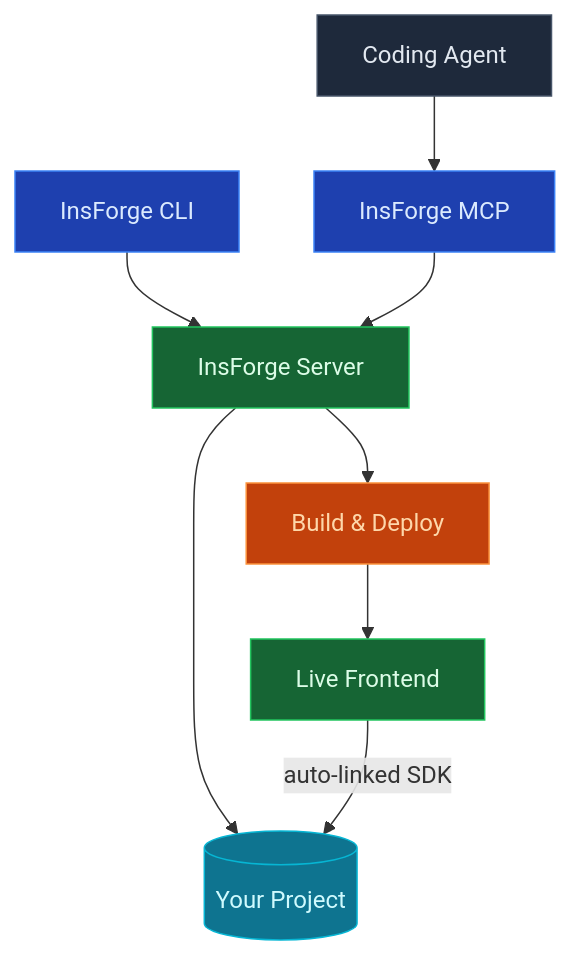
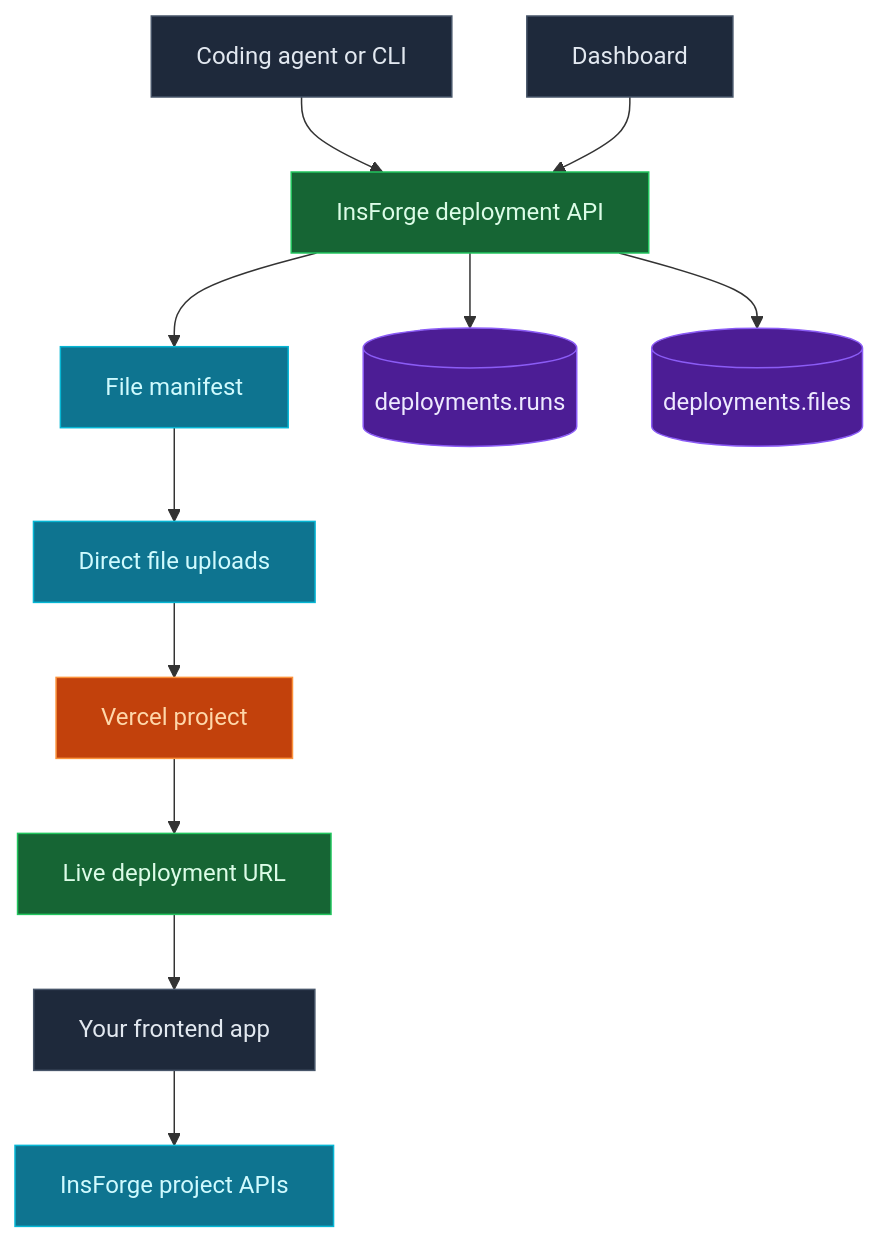
The diagram in docs/core-concepts/deployments/overview.mdx (InsForge/InsForge), drawn with Mermaid before and after one commit. The commit also changed other lines of this file and 21 other files, not shown here.

````diff
--- a/docs/core-concepts/deployments/overview.mdx
+++ b/docs/core-concepts/deployments/overview.mdx
@@ -13,20 +13,27 @@
 ```mermaid
 graph TB
-    Agent[Coding Agent] --> MCP[InsForge MCP]
-    CLI[InsForge CLI] --> API[InsForge Server]
-    MCP --> API
+    Agent[Coding agent or CLI] --> API[InsForge deployment API]
+    Dashboard[Dashboard] --> API
 
-    API --> Build[Build & Deploy]
-    Build --> Live[Live Frontend]
+    API --> Manifest[File manifest]
+    Manifest --> Uploads[Direct file uploads]
+    Uploads --> Vercel[Vercel project]
+    API --> Runs[(deployments.runs)]
+    API --> Files[(deployments.files)]
 
-    API --> Project[(Your Project)]
-    Live -->|auto-linked SDK| Project
+    Vercel --> Live[Live deployment URL]
+    Live --> App[Your frontend app]
+    App --> Project[InsForge project APIs]
 
     style Agent fill:#1e293b,stroke:#475569,color:#e2e8f0
-    style CLI fill:#1e40af,stroke:#3b82f6,color:#dbeafe
-    style MCP fill:#1e40af,stroke:#3b82f6,color:#dbeafe
+    style Dashboard fill:#1e293b,stroke:#475569,color:#e2e8f0
     style API fill:#166534,stroke:#22c55e,color:#dcfce7
-    style Build fill:#c2410c,stroke:#fb923c,color:#fed7aa
+    style Manifest fill:#0e7490,stroke:#06b6d4,color:#cffafe
+    style Uploads fill:#0e7490,stroke:#06b6d4,color:#cffafe
+    style Runs fill:#4c1d95,stroke:#8b5cf6,color:#ede9fe
+    style Files fill:#4c1d95,stroke:#8b5cf6,color:#ede9fe
+    style Vercel fill:#c2410c,stroke:#fb923c,color:#fed7aa
     style Live fill:#166534,stroke:#22c55e,color:#dcfce7
+    style App fill:#1e293b,stroke:#475569,color:#e2e8f0
     style Project fill:#0e7490,stroke:#06b6d4,color:#cffafe
 ```
````
